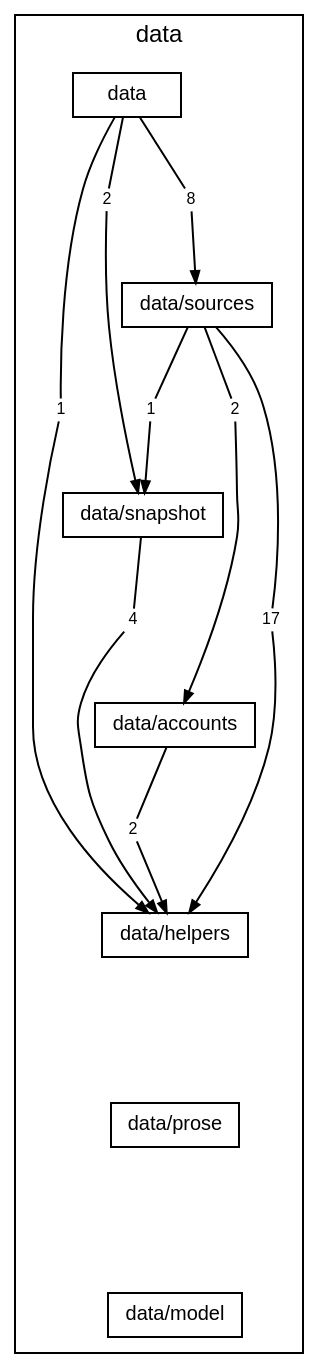
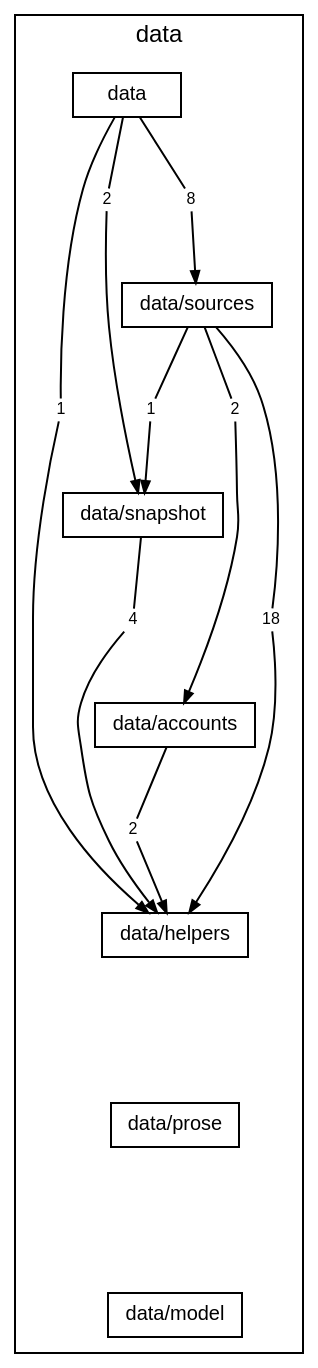
The diagram in docs/diagrams/layer-data.dot (TheAxeC/oculus), drawn with Graphviz before and after one commit. The commit also changed 47 other files, not shown here.

```diff
--- a/docs/diagrams/layer-data.dot
+++ b/docs/diagrams/layer-data.dot
@@ -1,45 +1,45 @@
 digraph layer_data {
     graph [bgcolor="transparent", rankdir=TB, newrank=true, fontname="Helvetica,Arial,sans-serif", fontsize=12, nodesep=0.2, ranksep=0.5];
     node [shape=box, color="black", fontcolor="black", fontname="Helvetica,Arial,sans-serif", fontsize=10, height=0.3, margin="0.12,0.04"];
     edge [color="black", fontcolor="black", fontname="Helvetica,Arial,sans-serif", fontsize=8, arrowsize=0.6];
     subgraph "cluster_data" {
         label="data"; style=solid;
         "folder data" [label="data"];
         "folder data/sources" [label="data/sources"];
         "folder data/snapshot" [label="data/snapshot"];
         "folder data/accounts" [label="data/accounts"];
         "folder data/helpers" [label="data/helpers"];
         "folder data/prose" [label="data/prose"];
         "folder data/model" [label="data/model"];
         "folder data to folder data/helpers" [label="1", shape=box, color="transparent", fontsize=8, width=0, height=0, margin="0.04,0.02"];
         "folder data to folder data/snapshot" [label="2", shape=box, color="transparent", fontsize=8, width=0, height=0, margin="0.04,0.02"];
         "folder data to folder data/sources" [label="8", shape=box, color="transparent", fontsize=8, width=0, height=0, margin="0.04,0.02"];
         "folder data/sources to folder data/accounts" [label="2", shape=box, color="transparent", fontsize=8, width=0, height=0, margin="0.04,0.02"];
-        "folder data/sources to folder data/helpers" [label="17", shape=box, color="transparent", fontsize=8, width=0, height=0, margin="0.04,0.02"];
+        "folder data/sources to folder data/helpers" [label="18", shape=box, color="transparent", fontsize=8, width=0, height=0, margin="0.04,0.02"];
         "folder data/sources to folder data/snapshot" [label="1", shape=box, color="transparent", fontsize=8, width=0, height=0, margin="0.04,0.02"];
         "folder data/snapshot to folder data/helpers" [label="4", shape=box, color="transparent", fontsize=8, width=0, height=0, margin="0.04,0.02"];
         "folder data/accounts to folder data/helpers" [label="2", shape=box, color="transparent", fontsize=8, width=0, height=0, margin="0.04,0.02"];
     }
     "folder data" -> "folder data/sources" [style=invis, weight=10, minlen=2];
     "folder data/sources" -> "folder data/snapshot" [style=invis, weight=10, minlen=2];
     "folder data/snapshot" -> "folder data/accounts" [style=invis, weight=10, minlen=2];
     "folder data/accounts" -> "folder data/helpers" [style=invis, weight=10, minlen=2];
     "folder data/helpers" -> "folder data/prose" [style=invis, weight=10, minlen=2];
     "folder data/prose" -> "folder data/model" [style=invis, weight=10, minlen=2];
     "folder data" -> "folder data to folder data/helpers" [arrowhead=none, minlen=3, weight=10];
     "folder data to folder data/helpers" -> "folder data/helpers" [];
     "folder data" -> "folder data to folder data/snapshot" [arrowhead=none, minlen=1, weight=10];
     "folder data to folder data/snapshot" -> "folder data/snapshot" [];
     "folder data" -> "folder data to folder data/sources" [arrowhead=none, minlen=1, weight=10];
     "folder data to folder data/sources" -> "folder data/sources" [];
     "folder data/sources" -> "folder data/sources to folder data/accounts" [arrowhead=none, minlen=1, weight=10];
     "folder data/sources to folder data/accounts" -> "folder data/accounts" [];
     "folder data/sources" -> "folder data/sources to folder data/helpers" [arrowhead=none, minlen=3, weight=10];
     "folder data/sources to folder data/helpers" -> "folder data/helpers" [];
     "folder data/sources" -> "folder data/sources to folder data/snapshot" [arrowhead=none, minlen=1, weight=10];
     "folder data/sources to folder data/snapshot" -> "folder data/snapshot" [];
     "folder data/snapshot" -> "folder data/snapshot to folder data/helpers" [arrowhead=none, minlen=1, weight=10];
     "folder data/snapshot to folder data/helpers" -> "folder data/helpers" [];
     "folder data/accounts" -> "folder data/accounts to folder data/helpers" [arrowhead=none, minlen=1, weight=10];
     "folder data/accounts to folder data/helpers" -> "folder data/helpers" [];
 }
```
